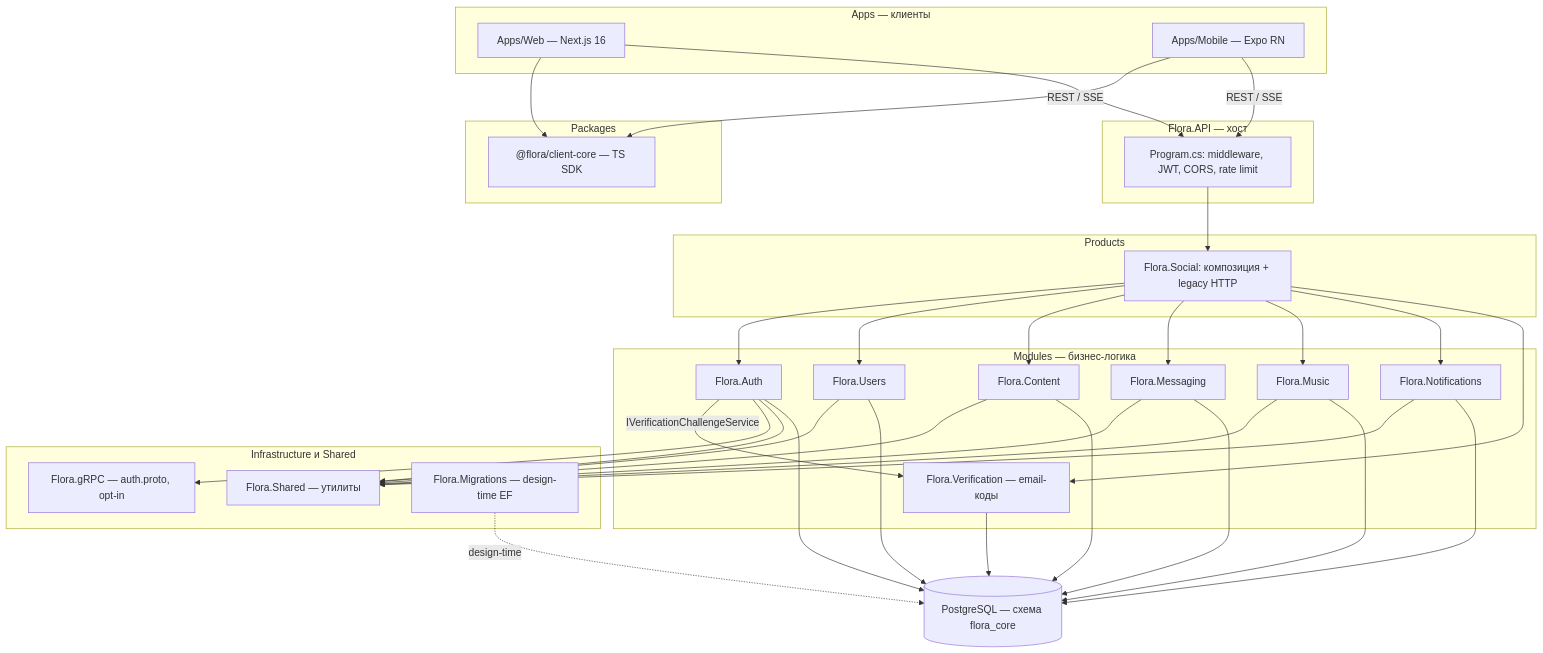
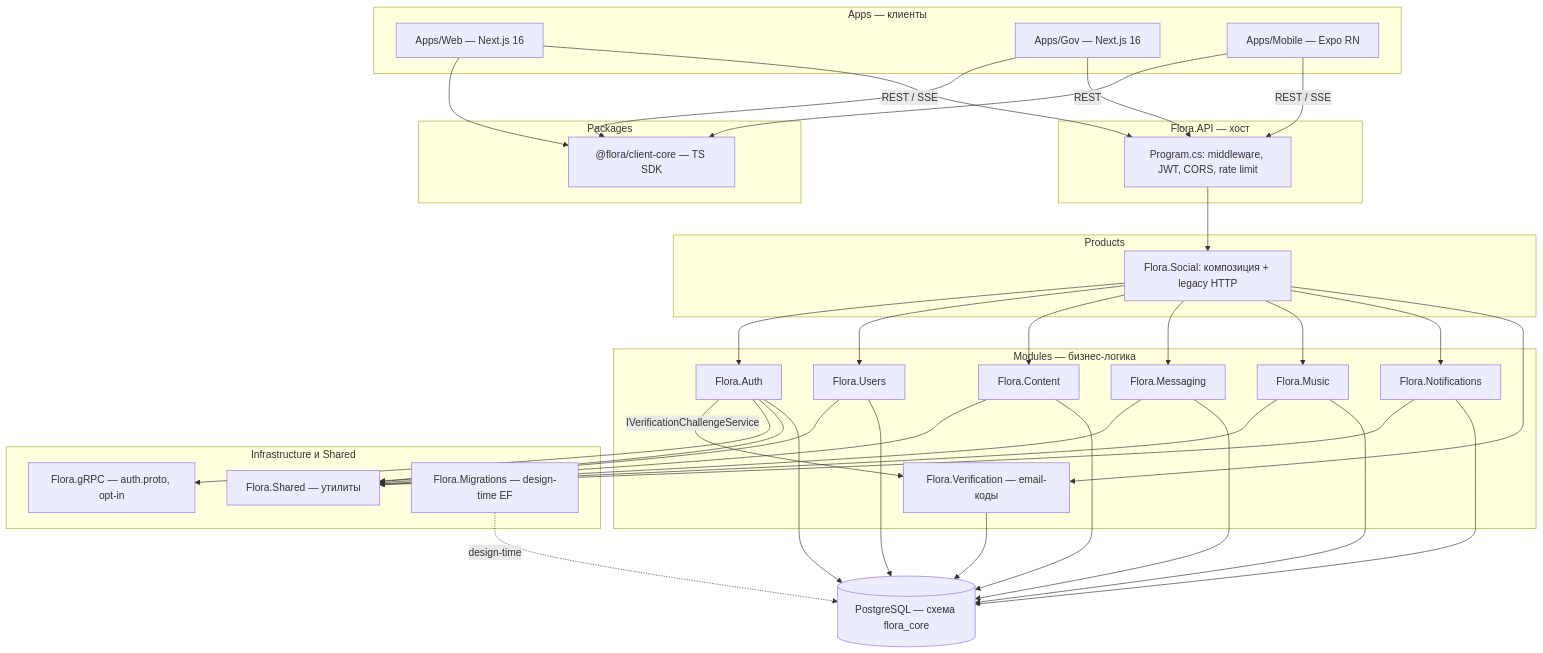
Before and after one commit to effka11/Flora.Ecosystem: the second of 7 diagrams in ARCHITECTURE.md, drawn with Mermaid. The commit also changed other lines of this file and 216 other files, not shown here.

````diff
--- a/ARCHITECTURE.md
+++ b/ARCHITECTURE.md
@@ -62,60 +62,63 @@
 ```mermaid
 flowchart TD
     subgraph apps [Apps — клиенты]
         Web["Apps/Web — Next.js 16"]
+        Gov["Apps/Gov — Next.js 16"]
         Mobile["Apps/Mobile — Expo RN"]
     end
     subgraph pkg [Packages]
         Core["@flora/client-core — TS SDK"]
     end
     subgraph host [Flora.API — хост]
         Program["Program.cs: middleware, JWT, CORS, rate limit"]
     end
     subgraph product [Products]
         Social["Flora.Social: композиция + legacy HTTP"]
     end
     subgraph modules [Modules — бизнес-логика]
         Auth["Flora.Auth"]
         Users["Flora.Users"]
         Content["Flora.Content"]
         Messaging["Flora.Messaging"]
         Music["Flora.Music"]
         Notifications["Flora.Notifications"]
         Verification["Flora.Verification — email-коды"]
     end
     subgraph infra [Infrastructure и Shared]
         Grpc["Flora.gRPC — auth.proto, opt-in"]
         Shared["Flora.Shared — утилиты"]
         Migrations["Flora.Migrations — design-time EF"]
     end
     Db[("PostgreSQL — схема flora_core")]
 
     Web --> Core
+    Gov --> Core
     Mobile --> Core
     Web -->|"REST / SSE"| Program
+    Gov -->|"REST"| Program
     Mobile -->|"REST / SSE"| Program
     Program --> Social
     Social --> Auth
     Social --> Users
     Social --> Content
     Social --> Messaging
     Social --> Music
     Social --> Notifications
     Social --> Verification
     Auth -->|"IVerificationChallengeService"| Verification
     Auth --> Grpc
     Auth --> Shared
     Users --> Shared
     Content --> Shared
     Messaging --> Shared
     Music --> Shared
     Notifications --> Shared
     Auth --> Db
     Users --> Db
     Content --> Db
     Messaging --> Db
     Music --> Db
     Notifications --> Db
     Verification --> Db
     Migrations -.->|"design-time"| Db
 ```
````
